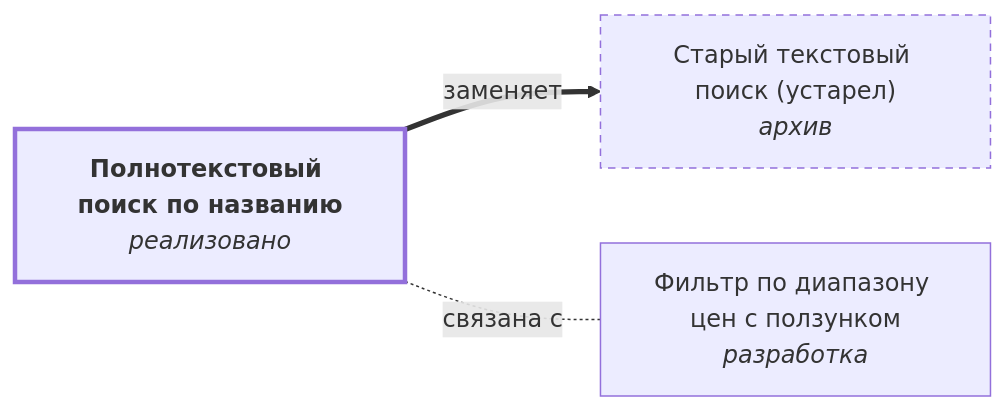
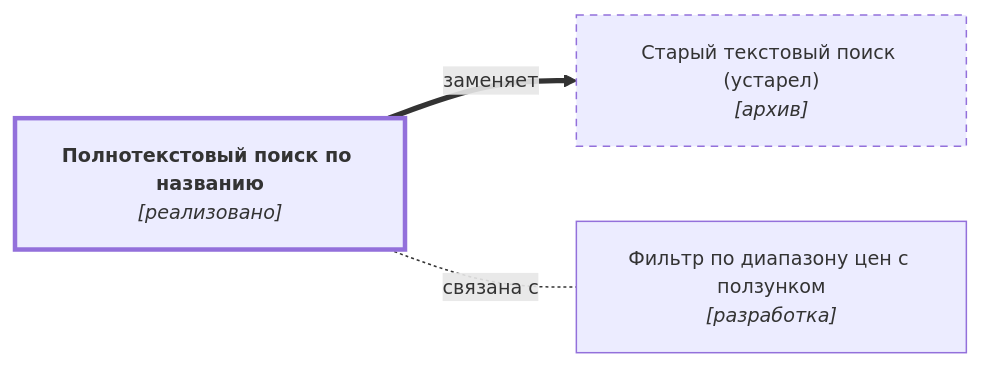
Before and after one commit to DmitryKhilko/example-app-requirements: the diagram in docs/specifications/catalog/search-text.md, drawn with Mermaid. The commit also changed other lines of this file and 21 other files, not shown here.

````diff
--- a/docs/specifications/catalog/search-text.md
+++ b/docs/specifications/catalog/search-text.md
@@ -26,16 +26,17 @@
 ```mermaid
+%%{init: {"themeVariables": {"fontSize": "12.8px"}}}%%
 flowchart LR
-    n0["<b>Полнотекстовый поиск по названию</b><br/><i>реализовано</i>"]
-    n1["Старый текстовый поиск (устарел)<br/><i>архив</i>"]
-    n2["Фильтр по диапазону цен с ползунком<br/><i>разработка</i>"]
+    n0["<b>Полнотекстовый поиск по названию</b><br/><i>[реализовано]</i>"]
+    n1["Старый текстовый поиск (устарел)<br/><i>[архив]</i>"]
+    n2["Фильтр по диапазону цен с ползунком<br/><i>[разработка]</i>"]
     n0 ==>|"заменяет"| n1
     n0 -.-|"связана с"| n2
 
     classDef current stroke-width:3px
     classDef archived stroke-dasharray:5 4
     class n0 current
     class n1 archived
 
     click n1 "../../../archive/specifications/catalog/search-old/"
     click n2 "../filter-price-slider/"
 ```
````
